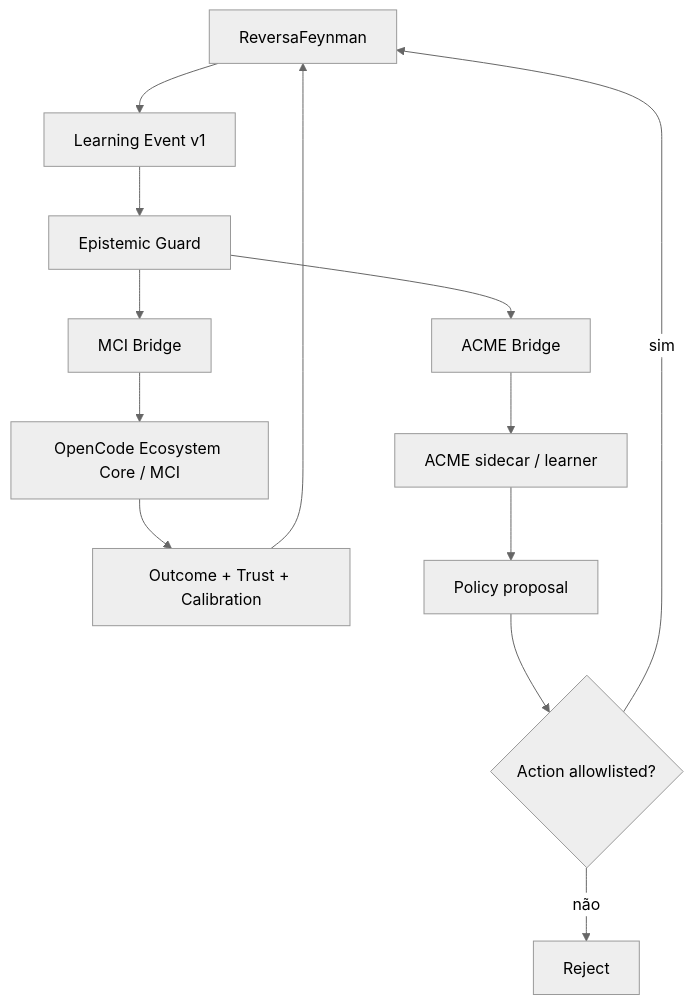
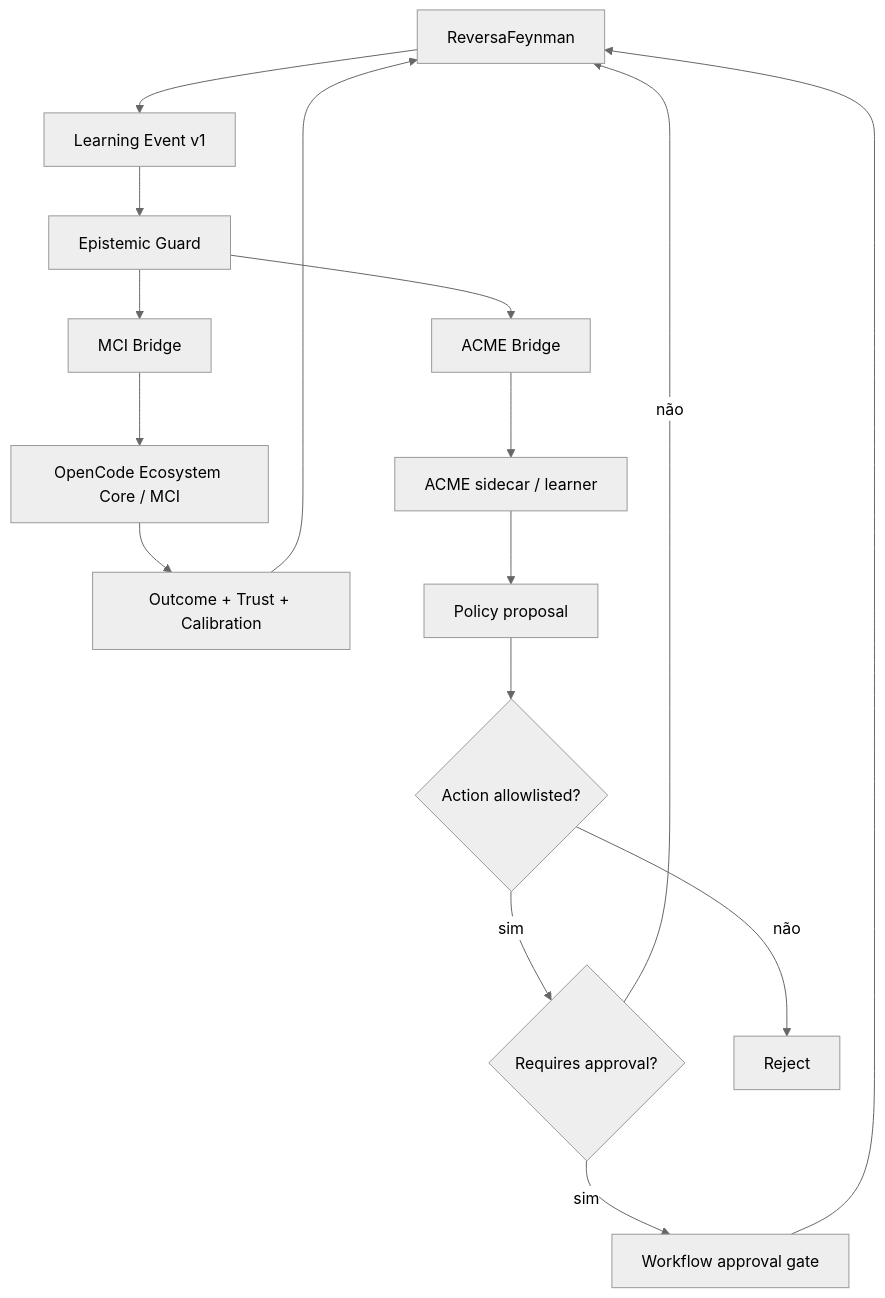
Before and after one commit to MarceloClaro/reversa: the diagram in specs/SPEC-ADAPTIVE-MCI-ACME-BRIDGE.md, drawn with Mermaid (neutral theme). The commit also changed other lines of this file, not shown here.

````diff
--- a/specs/SPEC-ADAPTIVE-MCI-ACME-BRIDGE.md
+++ b/specs/SPEC-ADAPTIVE-MCI-ACME-BRIDGE.md
@@ -124,15 +128,18 @@
 ```mermaid
 flowchart TB
     RF["ReversaFeynman"] --> EV["Learning Event v1"]
     EV --> EG["Epistemic Guard"]
     EG --> MCI["MCI Bridge"]
     EG --> AC["ACME Bridge"]
     MCI --> OC["OpenCode Ecosystem Core / MCI"]
     AC --> SIDE["ACME sidecar / learner"]
     OC --> OUT["Outcome + Trust + Calibration"]
     SIDE --> POL["Policy proposal"]
     OUT --> RF
     POL --> SAFE{"Action allowlisted?"}
-    SAFE -->|"sim"| RF
+    SAFE -->|"sim"| APPROVAL{"Requires approval?"}
+    APPROVAL -->|"não"| RF
+    APPROVAL -->|"sim"| GATE["Workflow approval gate"]
+    GATE --> RF
     SAFE -->|"não"| REJ["Reject"]
 ```
````
